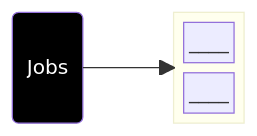
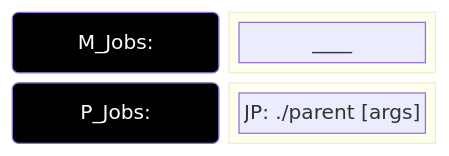
The third of 6 diagrams in docs/slidev/slides/Workflow-2.0.md (duclos-cavalcanti/TreeBuilder), drawn with Mermaid before and after one commit. The commit also changed other lines of this file and 4 other files, not shown here.

````diff
--- a/docs/slidev/slides/Workflow-2.0.md
+++ b/docs/slidev/slides/Workflow-2.0.md
@@ -66,14 +66,18 @@
 ```mermaid
 block-beta
-    J("<font color=white>Jobs")
-    space
-    block:items
+    columns 2
+    JM("<font color=white>M_Jobs:"):1
+    block:mitems
         columns 1
         A["____"] 
-        B["____"] 
     end
 
-    J --> items
+    JP("<font color=white>P_Jobs:"):1
+    block:pitems
+        columns 1
+        B["JP: ./parent [args]"] 
+    end
 
-    style J fill:#000000
+    style JM fill:#000000
+    style JP fill:#000000
 ```
````
